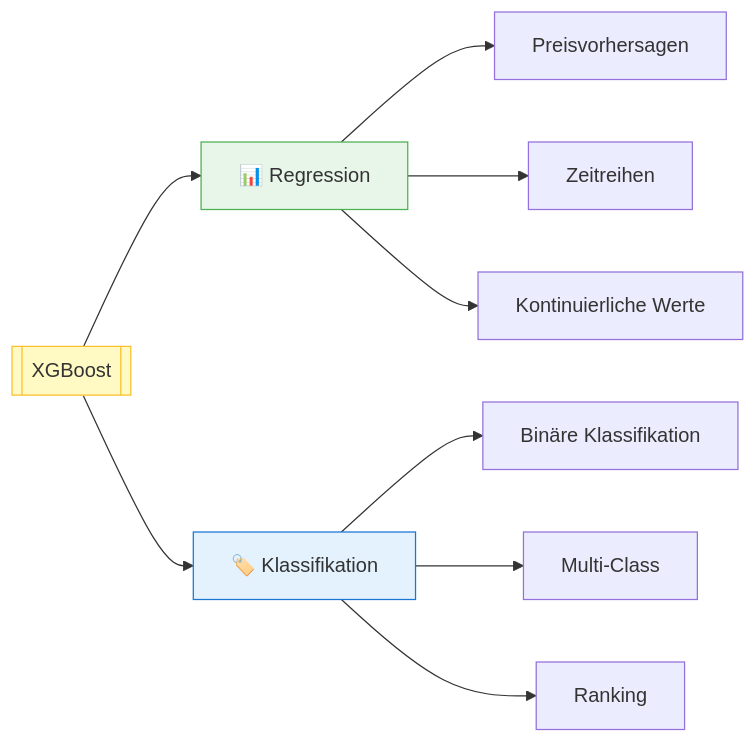
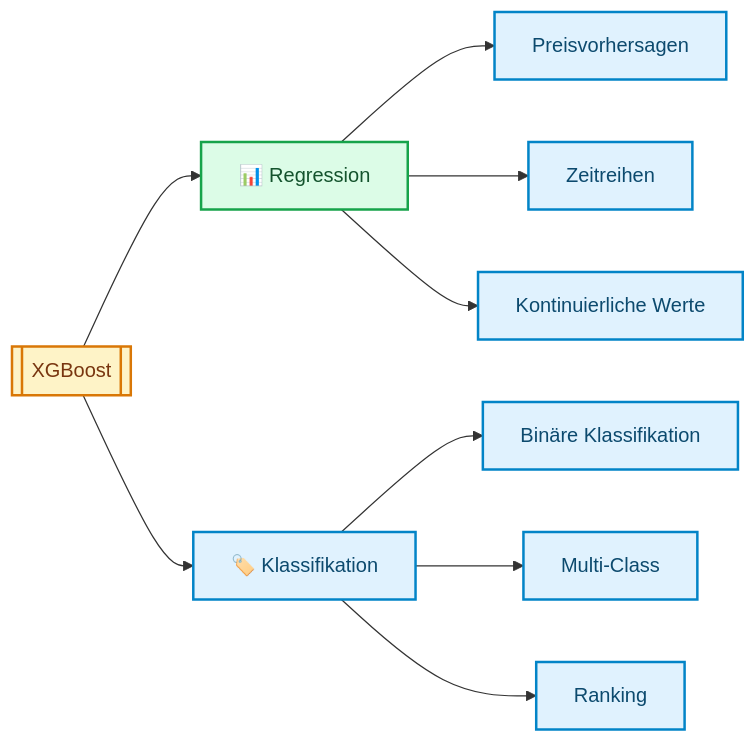
The fourth of 5 diagrams in docs/concepts/modeling/xgboost.md (ralf-42/ML_Intro), drawn with Mermaid before and after one commit. The commit also changed other lines of this file and 67 other files, not shown here.

````diff
--- a/docs/concepts/modeling/xgboost.md
+++ b/docs/concepts/modeling/xgboost.md
@@ -135,19 +139,21 @@
 ```mermaid
 flowchart LR
     XGB[["XGBoost"]]
     
     XGB --> REG["📊 Regression"]
     XGB --> CLASS["🏷️ Klassifikation"]
     
     REG --> R1["Preisvorhersagen"]
     REG --> R2["Zeitreihen"]
     REG --> R3["Kontinuierliche Werte"]
     
     CLASS --> C1["Binäre Klassifikation"]
     CLASS --> C2["Multi-Class"]
     CLASS --> C3["Ranking"]
-    
-    style XGB fill:#fff9c4,stroke:#fbc02d
-    style REG fill:#e8f5e9,stroke:#4caf50
-    style CLASS fill:#e3f2fd,stroke:#1976d2
+
+    classDef default fill:#e0f2fe,stroke:#0284c7,stroke-width:2px,color:#0c4a6e;
+    classDef metric fill:#fef3c7,stroke:#d97706,stroke-width:2px,color:#78350f;
+    classDef output fill:#dcfce7,stroke:#16a34a,stroke-width:2px,color:#14532d;
+    class XGB metric;
+    class REG output;
 ```
````
